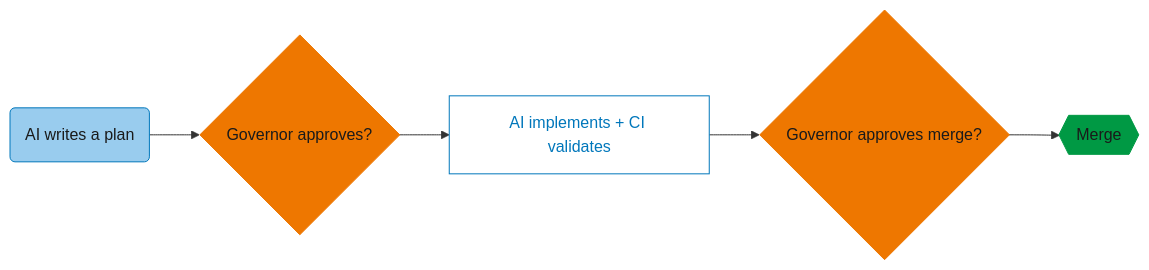
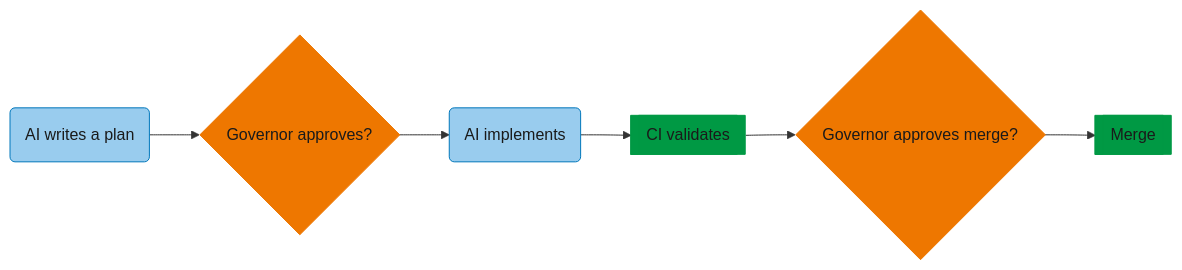
The diagram in agf/docs/site/index.md (janipaijanen/agf-mirror), drawn with Mermaid before and after one commit. The commit also changed 1 other file, not shown here.

Commit message:
fix: address esqg Gate 2 BLOCK 3/4 and WARN 1 on Class 4 Mermaid diagrams

````diff
--- a/agf/docs/site/index.md
+++ b/agf/docs/site/index.md
@@ -38,17 +38,17 @@
 ```mermaid
 flowchart LR
     classDef aiAction fill:#99CCEE,stroke:#0077BB,color:#1A1A1A
     classDef humanDecision fill:#EE7700,stroke:#EE7700,color:#1A1A1A
     classDef sharedConcept fill:#ffffff,stroke:#0077BB,color:#0077BB
     classDef automatedCheck fill:#009944,stroke:#009944,color:#1A1A1A
 
     plan(AI writes a plan) --> gate1{Governor approves?}
-    gate1 --> implement[AI implements + CI validates]
-    implement --> gate2{Governor approves merge?}
-    gate2 --> merge{{Merge}}
+    gate1 --> implement(AI implements)
+    implement --> civalidate[[CI validates]]
+    civalidate --> gate2{Governor approves merge?}
+    gate2 --> merge[[Merge]]
 
-    class plan aiAction
+    class plan,implement aiAction
     class gate1,gate2 humanDecision
-    class implement sharedConcept
-    class merge automatedCheck
+    class civalidate,merge automatedCheck
 ```
````
